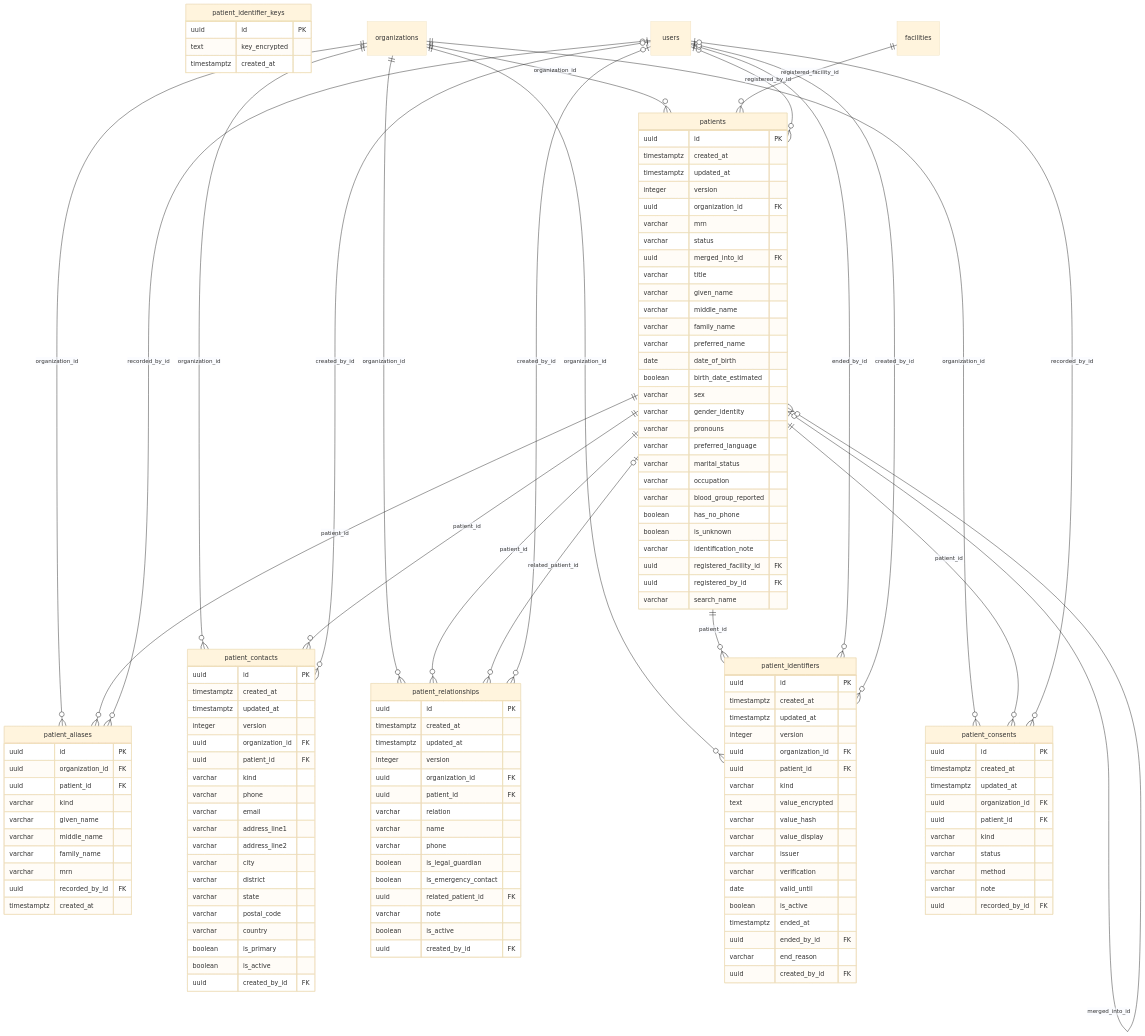
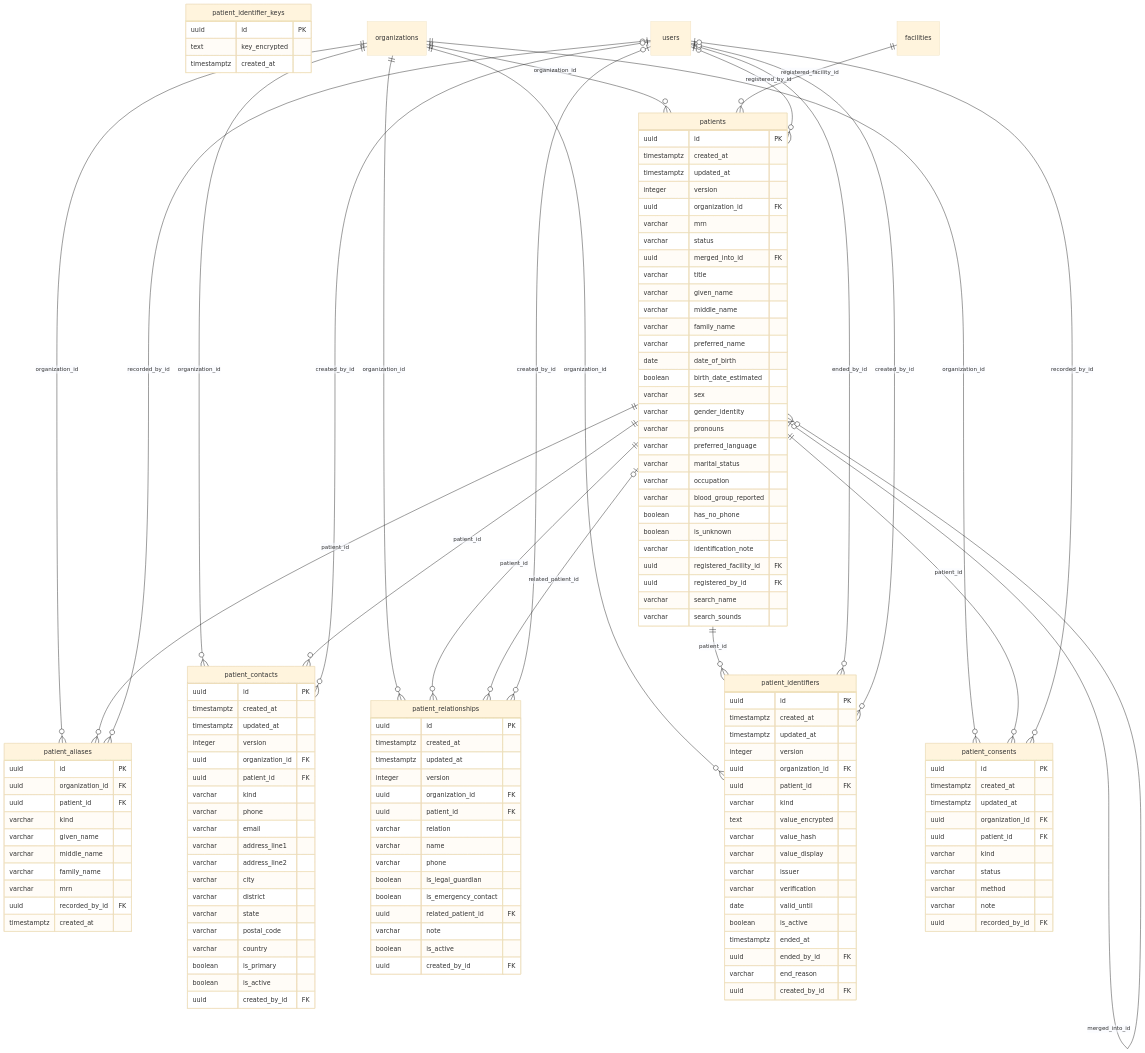
One commit to vijayant-pandey/HIMS_Advanced changed the fifth of 19 diagrams in docs/architecture/data-architecture/erd.md. Above: the diagram before and after it, drawn with Mermaid (base theme). The commit also changed 50 other files, not shown here.

```diff
--- a/docs/architecture/data-architecture/erd.md
+++ b/docs/architecture/data-architecture/erd.md
@@ -502,6 +502,7 @@
         uuid registered_facility_id FK
         uuid registered_by_id FK
         varchar search_name
+        varchar search_sounds
     }
     patient_aliases {
         uuid id PK
```
